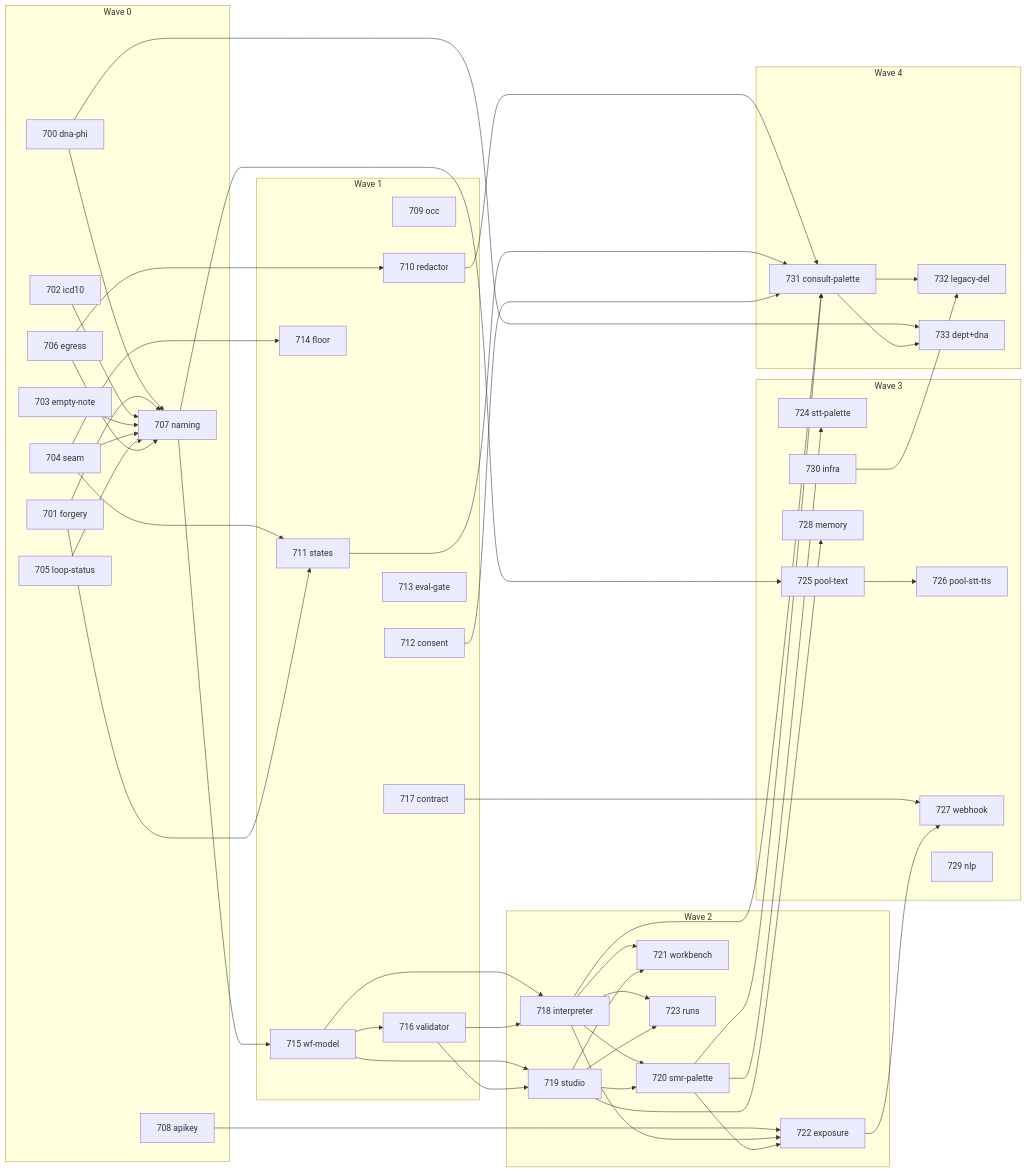
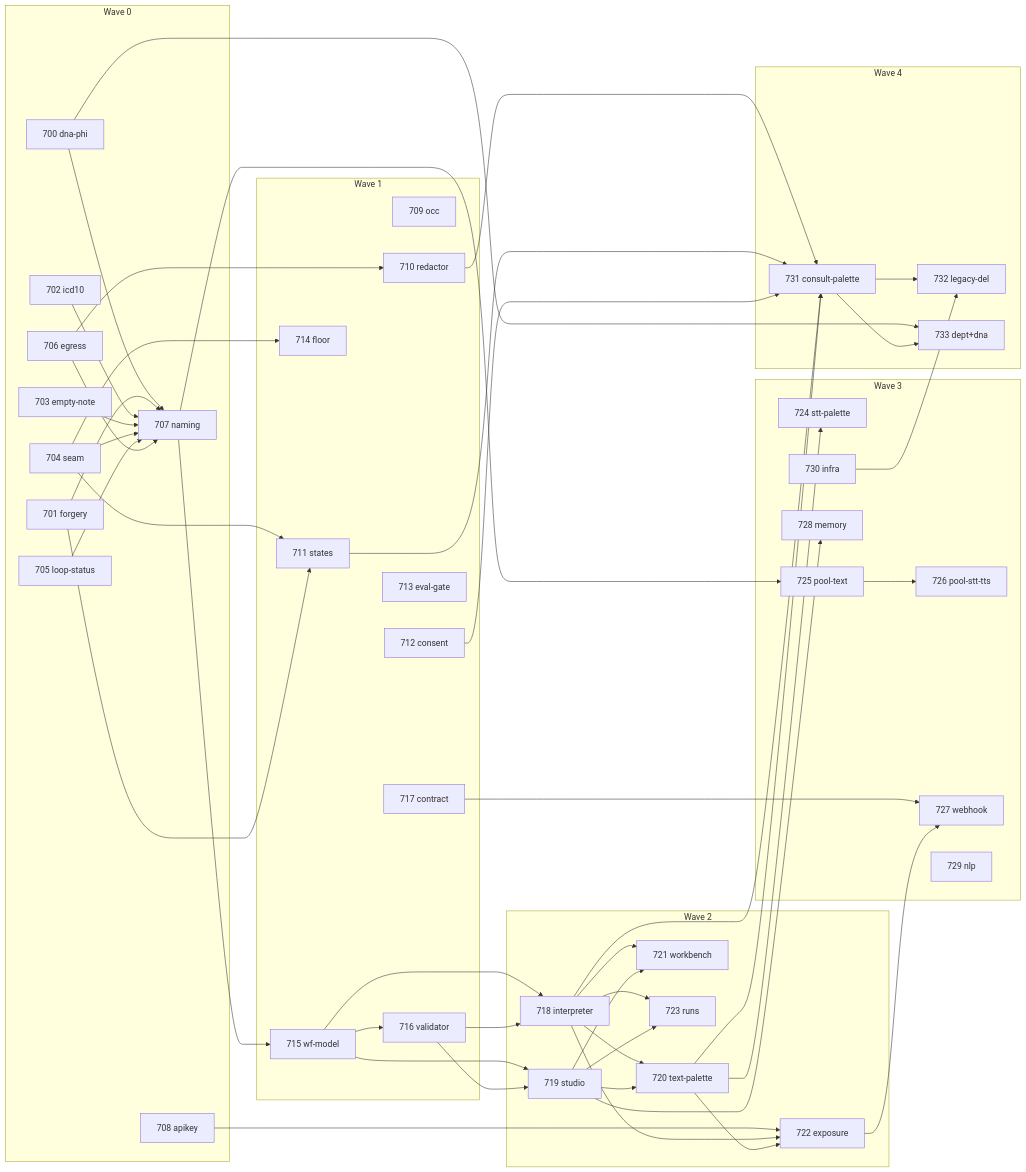
One commit to ArcaAI/vox-platform-study changed the diagram in docs/programs/agentic-workflow-platform/backlog.md. Above: the diagram before and after it, drawn with Mermaid. The commit also changed other lines of this file and 461 other files, not shown here.

````diff
--- a/docs/programs/agentic-workflow-platform/backlog.md
+++ b/docs/programs/agentic-workflow-platform/backlog.md
@@ -95,31 +95,31 @@
 ```mermaid
 graph LR
   subgraph W0[Wave 0]
     T700[700 dna-phi]; T701[701 forgery]; T702[702 icd10]; T703[703 empty-note]
     T704[704 seam]; T705[705 loop-status]; T706[706 egress]; T707[707 naming]; T708[708 apikey]
   end
   subgraph W1[Wave 1]
     T709[709 occ]; T710[710 redactor]; T711[711 states]; T712[712 consent]
     T713[713 eval-gate]; T714[714 floor]; T715[715 wf-model]; T716[716 validator]; T717[717 contract]
   end
   subgraph W2[Wave 2]
-    T718[718 interpreter]; T719[719 studio]; T720[720 smr-palette]
+    T718[718 interpreter]; T719[719 studio]; T720[720 text-palette]
     T721[721 workbench]; T722[722 exposure]; T723[723 runs]
   end
   subgraph W3[Wave 3]
     T724[724 stt-palette]; T725[725 pool-text]; T726[726 pool-stt-tts]
     T727[727 webhook]; T728[728 memory]; T729[729 nlp]; T730[730 infra]
   end
   subgraph W4[Wave 4]
     T731[731 consult-palette]; T732[732 legacy-del]; T733[733 dept+dna]
   end
   T700 & T701 & T702 & T703 & T704 & T705 & T706 --> T707
   T704 --> T711; T701 --> T711; T704 --> T714; T706 --> T710
   T707 --> T715 --> T716; T715 & T716 --> T718 & T719
   T718 & T719 --> T720 & T721 & T723
   T708 & T718 & T720 --> T722
   T720 --> T724; T707 --> T725 --> T726; T717 & T722 --> T727
   T719 --> T728; T730 --> T732
   T710 & T711 & T712 & T718 & T720 --> T731 --> T732
   T700 & T731 --> T733
 ```
````
